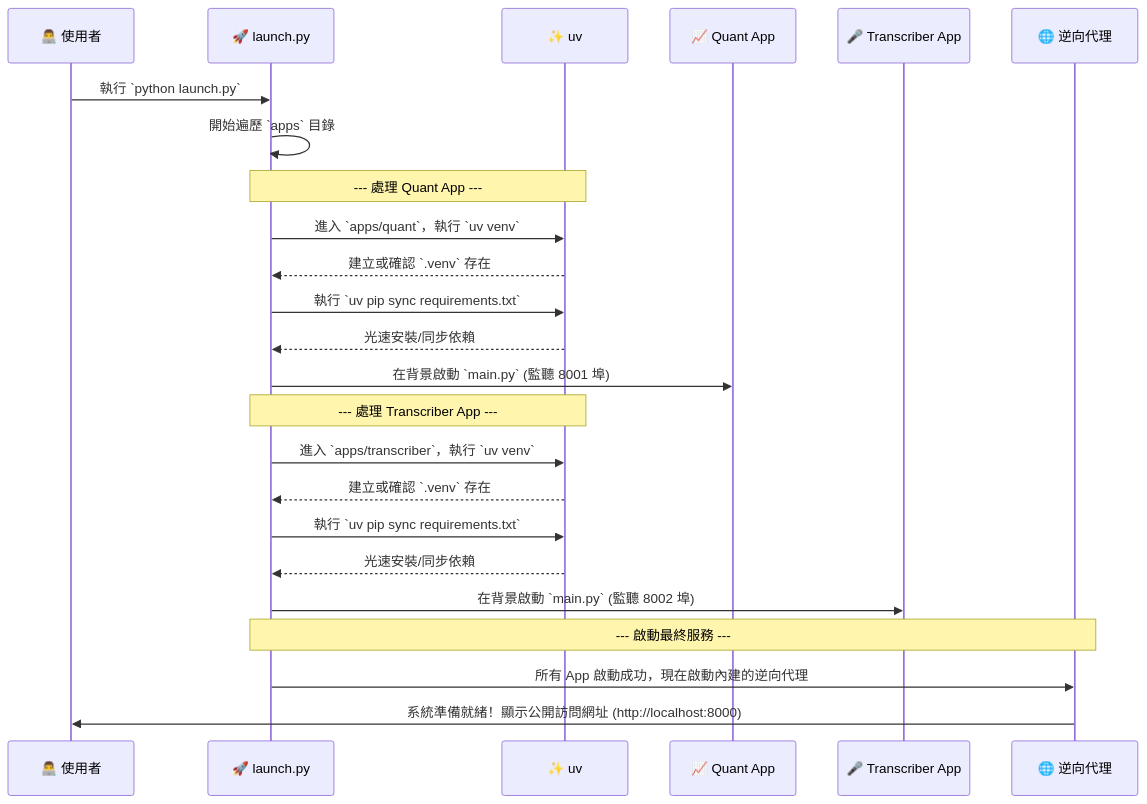
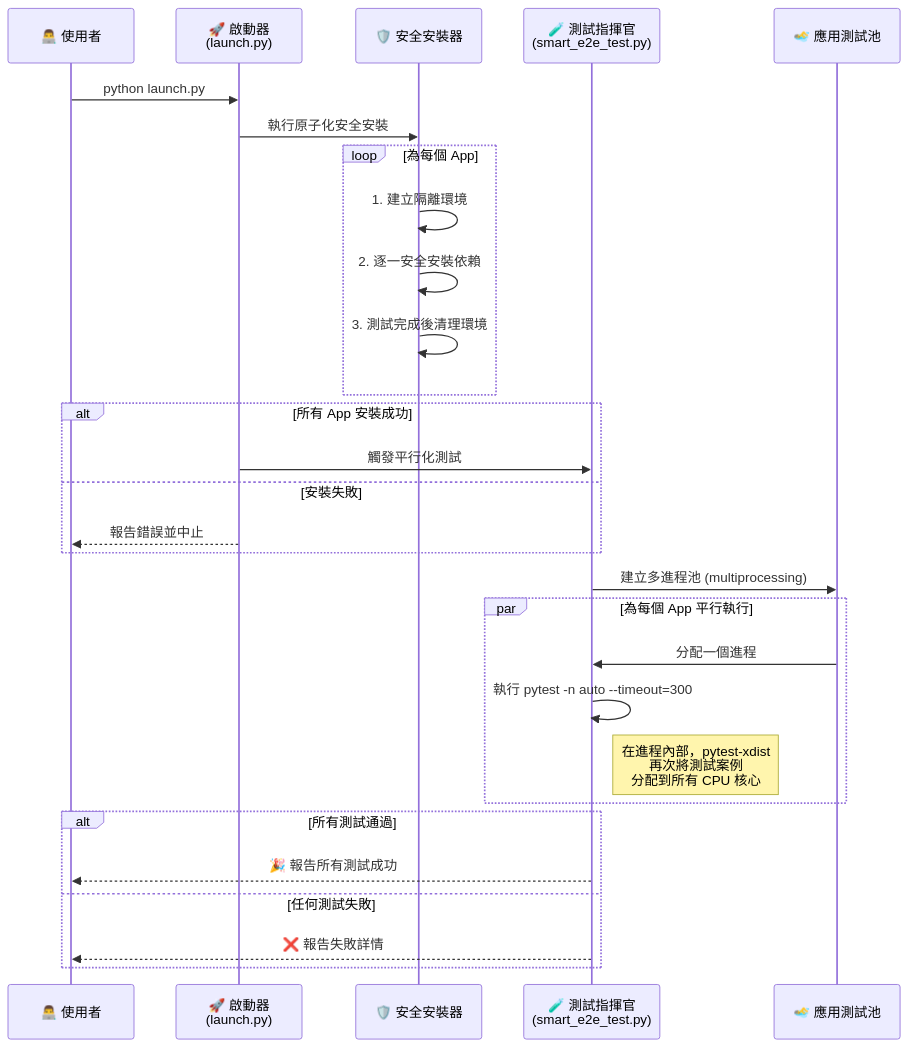
The second of 2 diagrams in docs/ARCHITECTURE.md (hsp1234-web/0721_web), drawn with Mermaid before and after one commit. The commit also changed other lines of this file and 104 other files, not shown here.

````diff
--- a/docs/ARCHITECTURE.md
+++ b/docs/ARCHITECTURE.md
@@ -81,30 +140,38 @@
 ```mermaid
 sequenceDiagram
     participant User as 👨‍💻 使用者
-    participant Launcher as 🚀 launch.py
-    participant UV as ✨ uv
-    participant QuantApp as 📈 Quant App
-    participant TranscriberApp as 🎤 Transcriber App
-    participant Proxy as 🌐 逆向代理
+    participant Starter as 🚀 啟動器<br>(launch.py)
+    participant SafeInstaller as 🛡️ 安全安裝器
+    participant TestCommander as 🧪 測試指揮官<br>(smart_e2e_test.py)
+    participant AppPool as 🏊‍♂️ 應用測試池
 
-    User->>Launcher: 執行 `python launch.py`
-    Launcher->>Launcher: 開始遍歷 `apps` 目錄
+    User->>Starter: python launch.py
 
-    Note over Launcher, UV: --- 處理 Quant App ---
-    Launcher->>UV: 進入 `apps/quant`，執行 `uv venv`
-    UV-->>Launcher: 建立或確認 `.venv` 存在
-    Launcher->>UV: 執行 `uv pip sync requirements.txt`
-    UV-->>Launcher: 光速安裝/同步依賴
-    Launcher->>QuantApp: 在背景啟動 `main.py` (監聽 8001 埠)
+    Starter->>SafeInstaller: 執行原子化安全安裝
 
-    Note over Launcher, UV: --- 處理 Transcriber App ---
-    Launcher->>UV: 進入 `apps/transcriber`，執行 `uv venv`
-    UV-->>Launcher: 建立或確認 `.venv` 存在
-    Launcher->>UV: 執行 `uv pip sync requirements.txt`
-    UV-->>Launcher: 光速安裝/同步依賴
-    Launcher->>TranscriberApp: 在背景啟動 `main.py` (監聽 8002 埠)
+    loop 為每個 App
+        SafeInstaller->>SafeInstaller: 1. 建立隔離環境
+        SafeInstaller->>SafeInstaller: 2. 逐一安全安裝依賴
+        SafeInstaller->>SafeInstaller: 3. 測試完成後清理環境
+    end
 
-    Note over Launcher, Proxy: --- 啟動最終服務 ---
-    Launcher->>Proxy: 所有 App 啟動成功，現在啟動內建的逆向代理
-    Proxy->>User: 系統準備就緒！顯示公開訪問網址 (http://localhost:8000)
+    alt 所有 App 安裝成功
+        Starter->>TestCommander: 觸發平行化測試
+    else 安裝失敗
+        Starter-->>User: 報告錯誤並中止
+    end
+
+    TestCommander->>AppPool: 建立多進程池 (multiprocessing)
+
+    par 為每個 App 平行執行
+        AppPool->>TestCommander: 分配一個進程
+        TestCommander->>TestCommander: 執行 pytest -n auto --timeout=300
+        Note right of TestCommander: 在進程內部，pytest-xdist<br>再次將測試案例<br>分配到所有 CPU 核心
+    end
+
+    alt 所有測試通過
+        TestCommander-->>User: 🎉 報告所有測試成功
+    else 任何測試失敗
+        TestCommander-->>User: ❌ 報告失敗詳情
+    end
 ```
````
